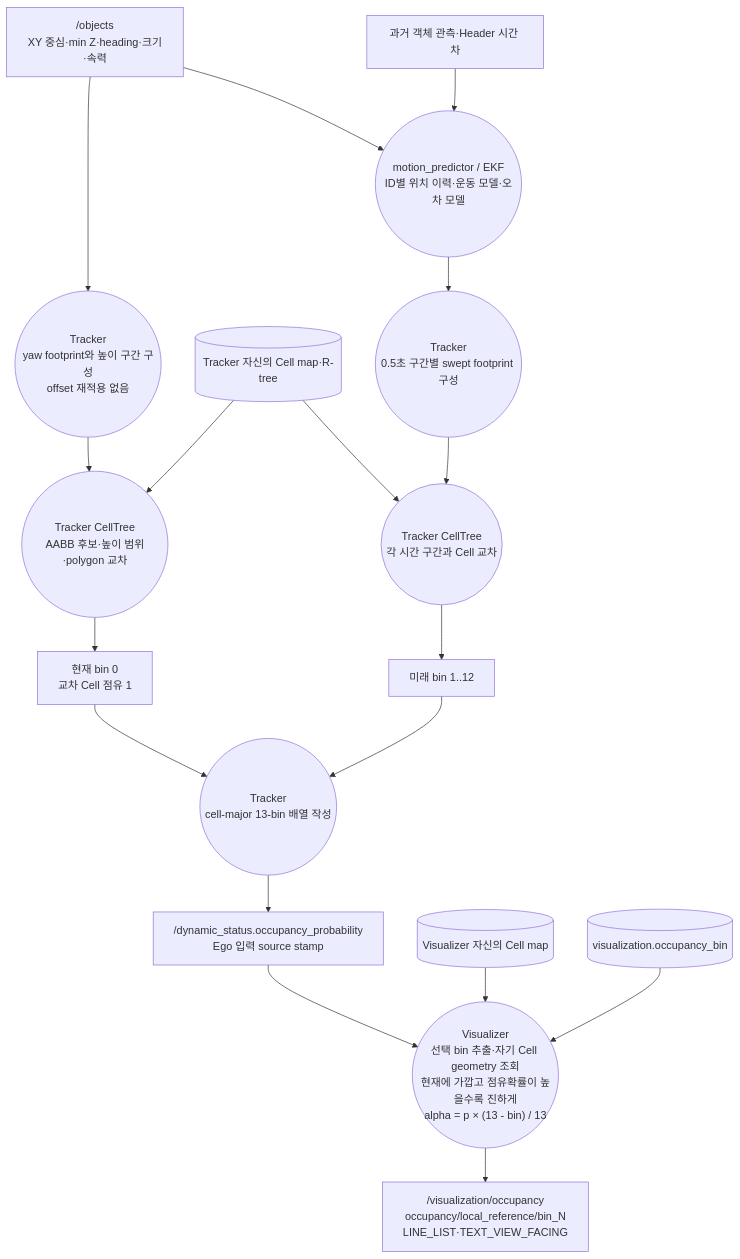
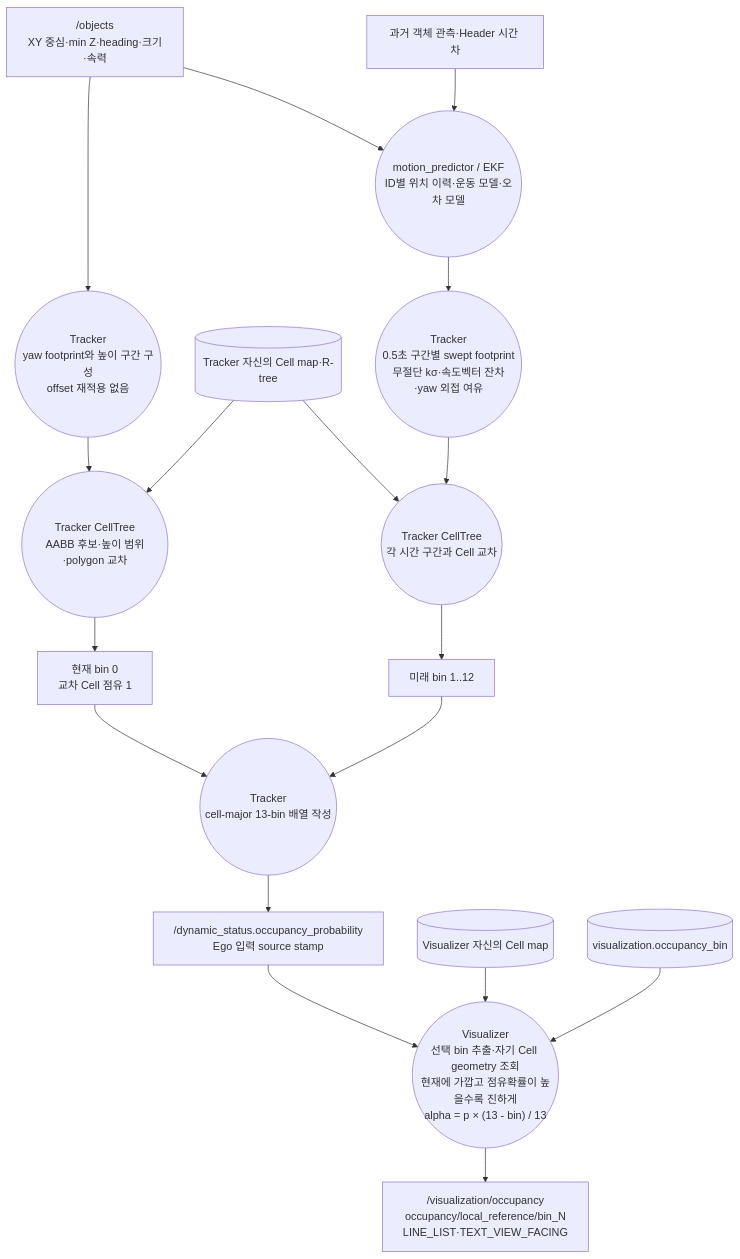
One commit to Team-Stier/HL-FMA2026-sim-stier changed the seventh of 14 diagrams in docs/DataPipeline.md. Above: the diagram before and after it, drawn with Mermaid. The commit also changed other lines of this file and 9 other files, not shown here.

````diff
--- a/docs/DataPipeline.md
+++ b/docs/DataPipeline.md
@@ -131,20 +131,20 @@
 ```mermaid
 flowchart TD
     OBJECTS["/objects<br/>XY 중심·min Z·heading·크기·속력"] --> BOX(("Tracker<br/>yaw footprint와 높이 구간 구성<br/>offset 재적용 없음"))
     BOX --> CURRENT(("Tracker CellTree<br/>AABB 후보·높이 범위·polygon 교차"))
     MAP[("Tracker 자신의 Cell map·R-tree")] --> CURRENT
     CURRENT --> NOW["현재 bin 0<br/>교차 Cell 점유 1"]
     OBJECTS --> PREDICT(("motion_predictor / EKF<br/>ID별 위치 이력·운동 모델·오차 모델"))
     HISTORY["과거 객체 관측·Header 시간 차"] --> PREDICT
-    PREDICT --> SWEEP(("Tracker<br/>0.5초 구간별 swept footprint 구성"))
+    PREDICT --> SWEEP(("Tracker<br/>0.5초 구간별 swept footprint<br/>무절단 kσ·속도벡터 잔차·yaw 외접 여유"))
     SWEEP --> FUTURE(("Tracker CellTree<br/>각 시간 구간과 Cell 교차"))
     MAP --> FUTURE
     FUTURE --> BINS["미래 bin 1..12"]
     NOW --> ARRAY(("Tracker<br/>cell-major 13-bin 배열 작성"))
     BINS --> ARRAY
     ARRAY --> DS["/dynamic_status.occupancy_probability<br/>Ego 입력 source stamp"]
     DS --> DISPLAY(("Visualizer<br/>선택 bin 추출·자기 Cell geometry 조회<br/>현재에 가깝고 점유확률이 높을수록 진하게<br/>alpha = p × (13 - bin) / 13"))
     VMAP[("Visualizer 자신의 Cell map")] --> DISPLAY
     CONFIG[("visualization.occupancy_bin")] --> DISPLAY
     DISPLAY --> MARKERS["/visualization/occupancy<br/>occupancy/local_reference/bin_N<br/>LINE_LIST·TEXT_VIEW_FACING"]
 ```
````
